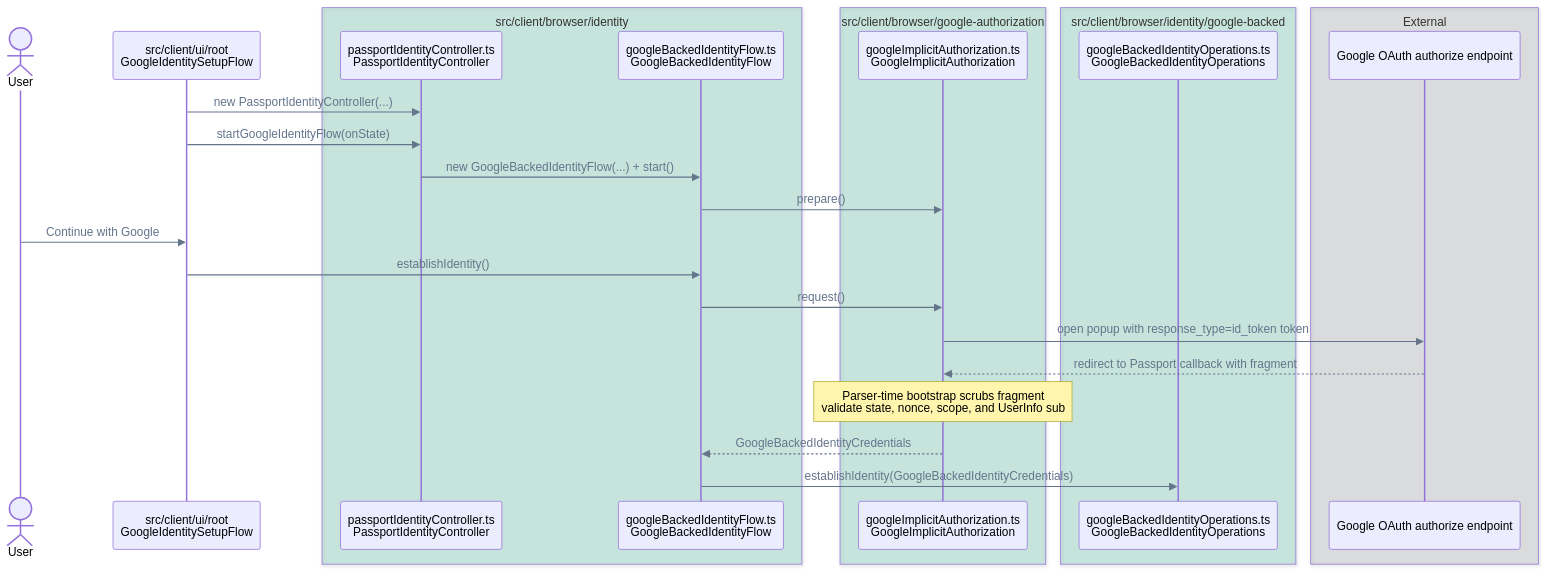
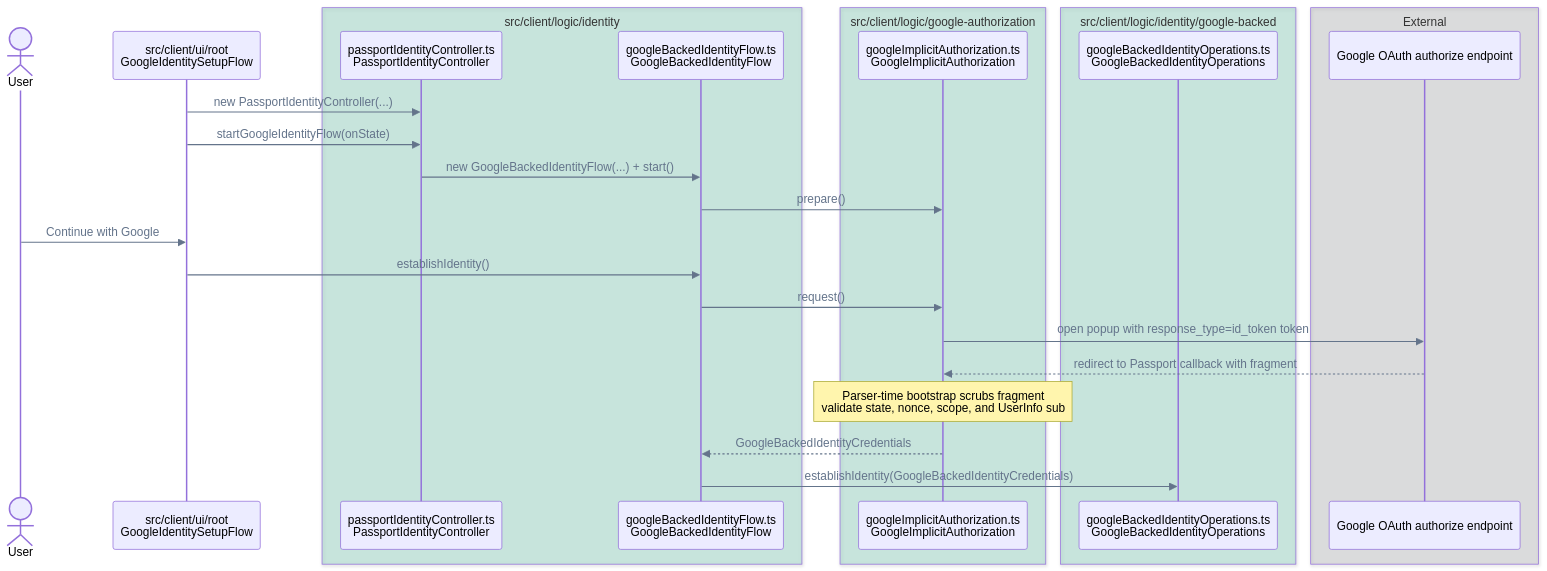
Before and after one commit to pubky/pubky-passport: the seventh of 14 diagrams in FLOWS.md, drawn with Mermaid. The commit also changed other lines of this file and 51 other files, not shown here.

````diff
--- a/FLOWS.md
+++ b/FLOWS.md
@@ -301,34 +301,34 @@
 ```mermaid
 %%{init: {"themeVariables": {"signalColor": "#64748B", "signalTextColor": "#64748B"}}}%%
 sequenceDiagram
     accTitle: Single Google implicit popup call flow
     accDescr: One user click requests identity and Drive scopes; the callback fragment is scrubbed during HTML parsing and credentials remain browser-only.
     actor User
     participant UI as src/client/ui/root<br/>GoogleIdentitySetupFlow
-    box rgba(0, 158, 115, 0.18) src/client/browser/identity
+    box rgba(0, 158, 115, 0.18) src/client/logic/identity
         participant Controller as passportIdentityController.ts<br/>PassportIdentityController
         participant GoogleFlow as googleBackedIdentityFlow.ts<br/>GoogleBackedIdentityFlow
     end
-    box rgba(0, 158, 115, 0.18) src/client/browser/google-authorization
+    box rgba(0, 158, 115, 0.18) src/client/logic/google-authorization
         participant Authorization as googleImplicitAuthorization.ts<br/>GoogleImplicitAuthorization
     end
-    box rgba(0, 158, 115, 0.18) src/client/browser/identity/google-backed
+    box rgba(0, 158, 115, 0.18) src/client/logic/identity/google-backed
         participant Operations as googleBackedIdentityOperations.ts<br/>GoogleBackedIdentityOperations
     end
     box rgba(17, 24, 39, 0.12) External
         participant OAuth as Google OAuth authorize endpoint
     end
 
     UI->>Controller: new PassportIdentityController(...)
     UI->>Controller: startGoogleIdentityFlow(onState)
     Controller->>GoogleFlow: new GoogleBackedIdentityFlow(...) + start()
     GoogleFlow->>Authorization: prepare()
     User->>UI: Continue with Google
     UI->>GoogleFlow: establishIdentity()
     GoogleFlow->>Authorization: request()
     Authorization->>OAuth: open popup with response_type=id_token token
     OAuth-->>Authorization: redirect to Passport callback with fragment
     Note over Authorization: Parser-time bootstrap scrubs fragment<br/>validate state, nonce, scope, and UserInfo sub
     Authorization-->>GoogleFlow: GoogleBackedIdentityCredentials
     GoogleFlow->>Operations: establishIdentity(GoogleBackedIdentityCredentials)
 ```
````
